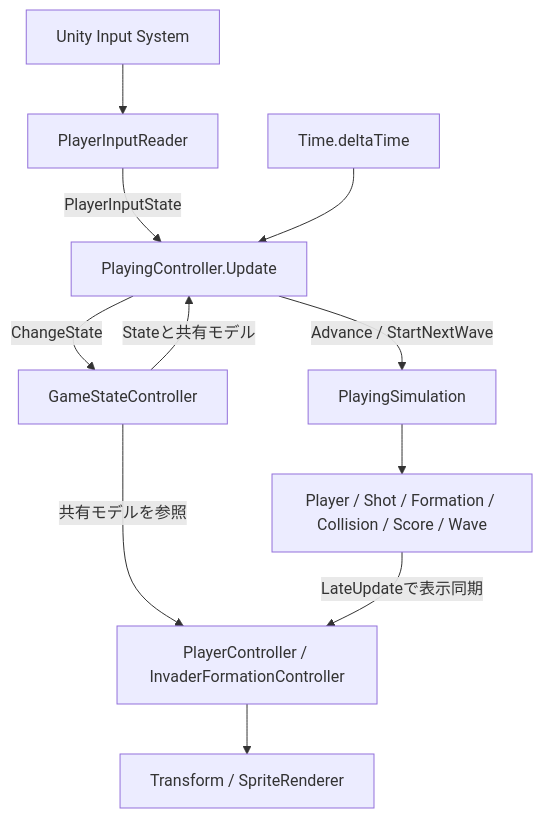
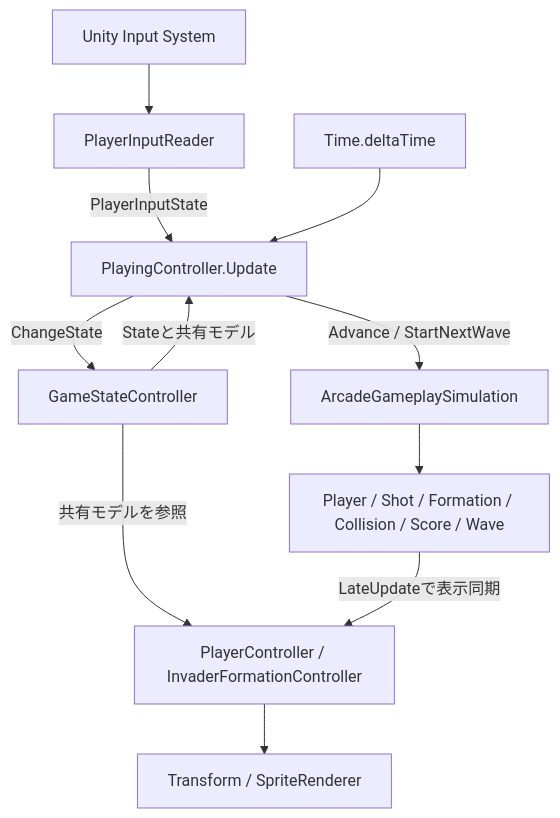
The diagram in docs/ARCHITECTURE.md (urahimono/Unity_Invader), drawn with Mermaid before and after one commit. The commit also changed other lines of this file and 22 other files, not shown here.

````diff
--- a/docs/ARCHITECTURE.md
+++ b/docs/ARCHITECTURE.md
@@ -41,13 +41,13 @@
 ```mermaid
 flowchart TD
     Input[Unity Input System] --> Reader[PlayerInputReader]
     Reader -->|PlayerInputState| Driver[PlayingController.Update]
     Time[Time.deltaTime] --> Driver
     State[GameStateController] -->|Stateと共有モデル| Driver
-    Driver -->|Advance / StartNextWave| Sim[PlayingSimulation]
+    Driver -->|Advance / StartNextWave| Sim[ArcadeGameplaySimulation]
     Driver -->|ChangeState| State
     Sim --> Models[Player / Shot / Formation / Collision / Score / Wave]
     State -->|共有モデルを参照| Views[PlayerController / InvaderFormationController]
     Models -->|LateUpdateで表示同期| Views
     Views --> Output[Transform / SpriteRenderer]
 ```
````
